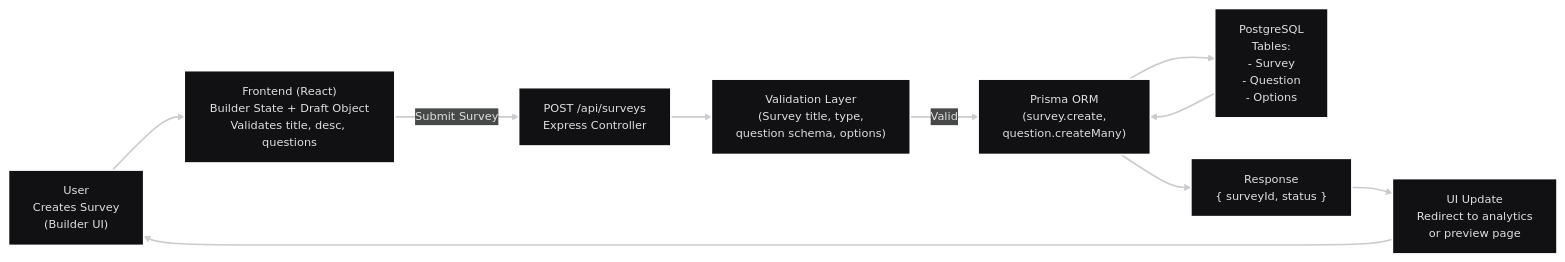
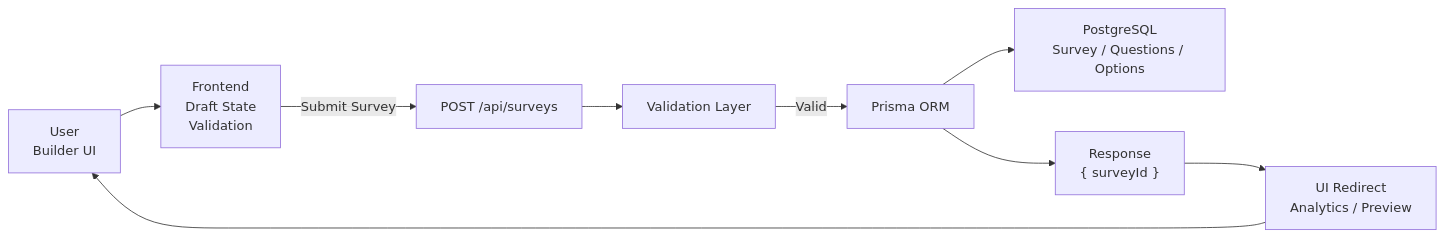
Before and after one commit to MrCh0p808/StatWoX: the seventh of 9 diagrams in README.md, drawn with Mermaid. The commit also changed other lines of this file, not shown here.

````diff
--- a/README.md
+++ b/README.md
@@ -448,16 +474,11 @@
 ```mermaid
----
-config:
-  theme: redux-dark
-  layout: dagre
----
 flowchart LR
-    U["User<br>Creates Survey<br>(Builder UI)"] --> FE["Frontend (React)<br>Builder State + Draft Object<br>Validates title, desc, questions"]
-    FE -- Submit Survey --> API["POST /api/surveys<br>Express Controller"]
-    API --> VAL["Validation Layer<br>(Survey title, type,<br>question schema, options)"]
-    VAL -- Valid --> PRISMA["Prisma ORM<br>(survey.create,<br>question.createMany)"]
-    PRISMA --> DB["PostgreSQL<br>Tables:<br>- Survey<br>- Question<br>- Options"] & RES["Response<br>{ surveyId, status }"]
-    DB --> PRISMA
-    RES --> UIU["UI Update<br>Redirect to analytics<br>or preview page"]
+    U["User<br>Builder UI"] --> FE["Frontend<br>Draft State<br>Validation"]
+    FE -->|Submit Survey| API["POST /api/surveys"]
+    API --> VAL["Validation Layer"]
+    VAL -->|Valid| PRISMA["Prisma ORM"]
+    PRISMA --> DB["PostgreSQL<br>Survey / Questions / Options"]
+    PRISMA --> RES["Response<br>{ surveyId }"]
+    RES --> UIU["UI Redirect<br>Analytics / Preview"]
     UIU --> U
 ```
````
